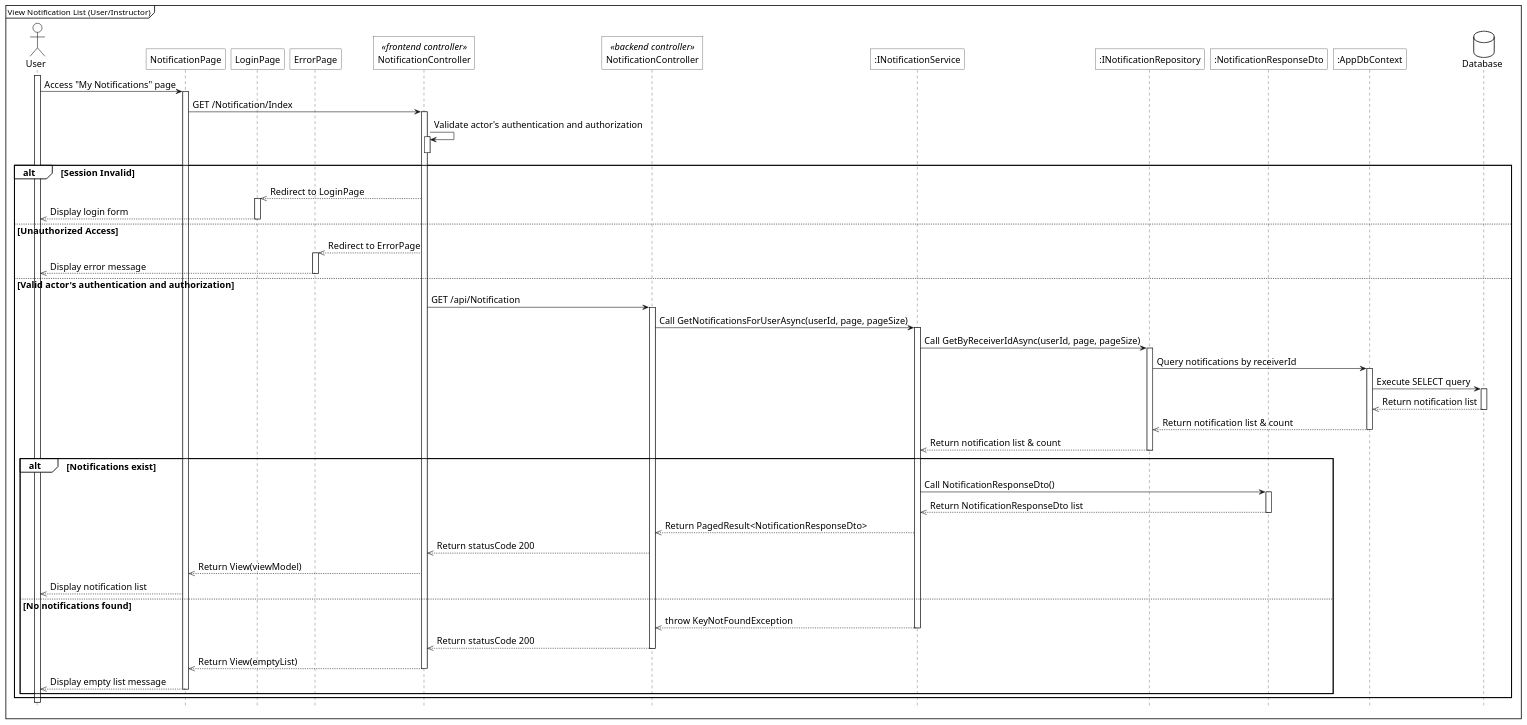
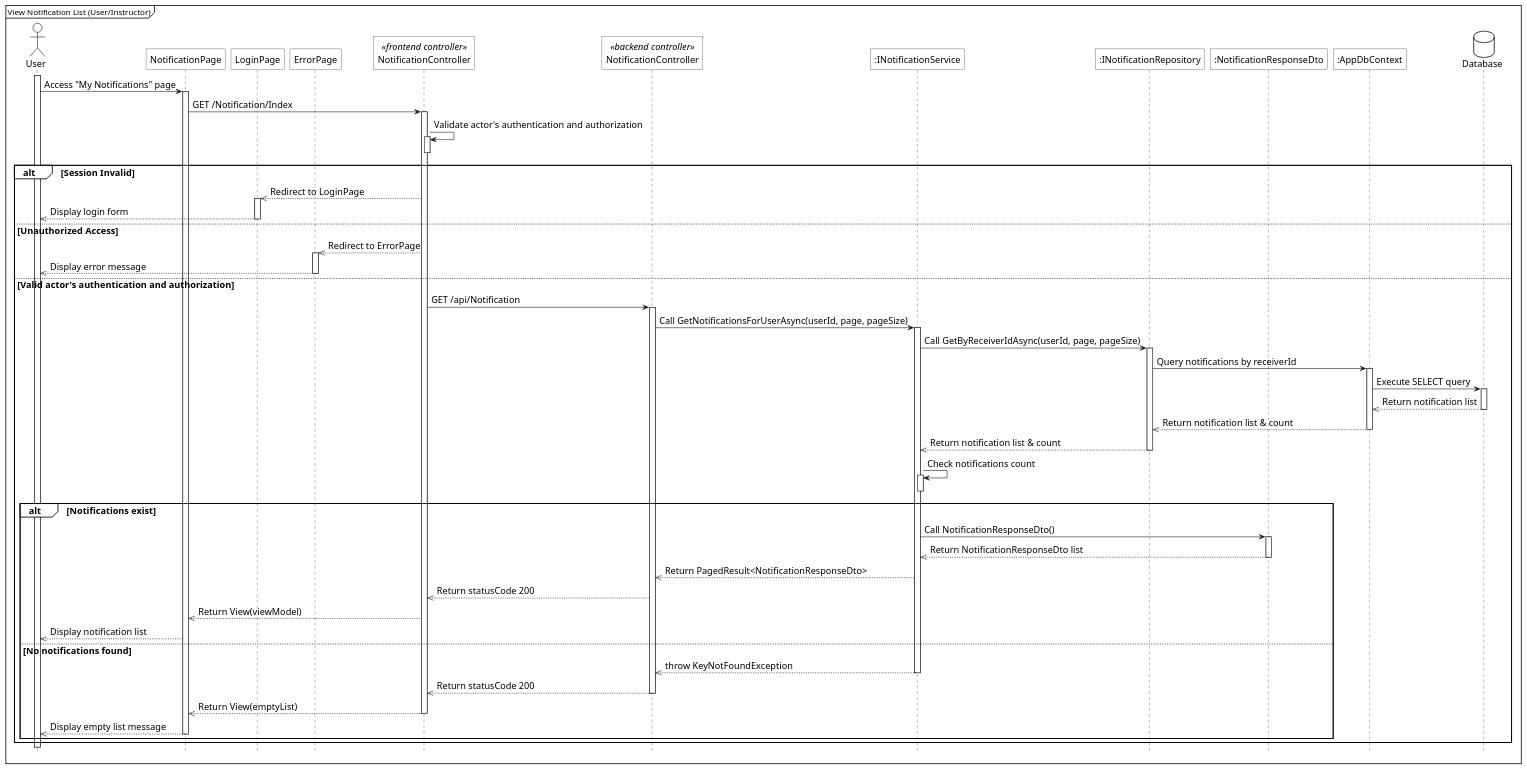
One commit to 1000do/Linked changed the diagram in diagrams/sequence/notification/sq_view_notification_list.plantuml. Above: the diagram before and after it, drawn with PlantUML. The commit also changed 19 other files, not shown here.

Commit message:
docs: add plantuml sequence diagrams for chat, notification, instructor application, and cart workflows

```diff
--- a/diagrams/sequence/notification/sq_view_notification_list.plantuml
+++ b/diagrams/sequence/notification/sq_view_notification_list.plantuml
@@ -1,91 +1,94 @@
 @startuml
 <style>
     sequenceDiagram{
         FontSize 16
 
         arrow {
             ' Set the maximum width of the text on arrows
             MaximumWidth 300
 
         }
         actor{
             BackgroundColor white
             LineThickness 1.0
         }
         participant{
             BackgroundColor white
             RoundCorner 0
         }
         database{
             BackgroundColor white
         }
         groupHeader{
             BackgroundColor white
         }
         referenceHeader{
             BackgroundColor white
         }
         reference{
             BackgroundColor white
         }
     }
 </style>
 
 hide footbox
 
 mainframe View Notification List (User/Instructor)
 
 actor User as act
 participant "NotificationPage" as view
 participant "LoginPage" as login_view
 participant "ErrorPage" as error_view
 participant "NotificationController" as fe_ctrl <<frontend controller>>
 participant "NotificationController" as be_ctrl <<backend controller>>
 participant ":INotificationService" as sv
 participant ":INotificationRepository" as repo
 participant ":NotificationResponseDto" as notif_dto
 participant ":AppDbContext" as ctx
 database Database as db
 
 act++
 act->view++: Access "My Notifications" page
 view->fe_ctrl++: GET /Notification/Index
 
 fe_ctrl -> fe_ctrl++: Validate actor's authentication and authorization
 fe_ctrl--
 
 alt Session Invalid
     fe_ctrl -->> login_view: Redirect to LoginPage
     activate login_view
     login_view -->> act--: Display login form
 else Unauthorized Access
     fe_ctrl -->> error_view: Redirect to ErrorPage
     activate error_view
     error_view -->> act--: Display error message
 else Valid actor's authentication and authorization
     fe_ctrl->be_ctrl++: GET /api/Notification
     
     be_ctrl->sv++: Call GetNotificationsForUserAsync(userId, page, pageSize)
     sv->repo++: Call GetByReceiverIdAsync(userId, page, pageSize)
     repo->ctx++: Query notifications by receiverId
     ctx->db++: Execute SELECT query
     db-->>ctx--: Return notification list
     ctx-->>repo--: Return notification list & count
     repo-->>sv--: Return notification list & count
     
+    sv -> sv++: Check notifications count
+    sv--
+    
     alt Notifications exist
         sv->notif_dto++: Call NotificationResponseDto()
         notif_dto-->>sv--: Return NotificationResponseDto list
         sv-->>be_ctrl: Return PagedResult<NotificationResponseDto>
         be_ctrl-->>fe_ctrl: Return statusCode 200
         fe_ctrl-->>view: Return View(viewModel)
         view-->>act: Display notification list
     else No notifications found
         sv-->>be_ctrl--: throw KeyNotFoundException
         be_ctrl-->>fe_ctrl--: Return statusCode 200
         fe_ctrl-->>view--: Return View(emptyList)
         view-->>act--: Display empty list message
     end
 end
 
 @enduml
```
